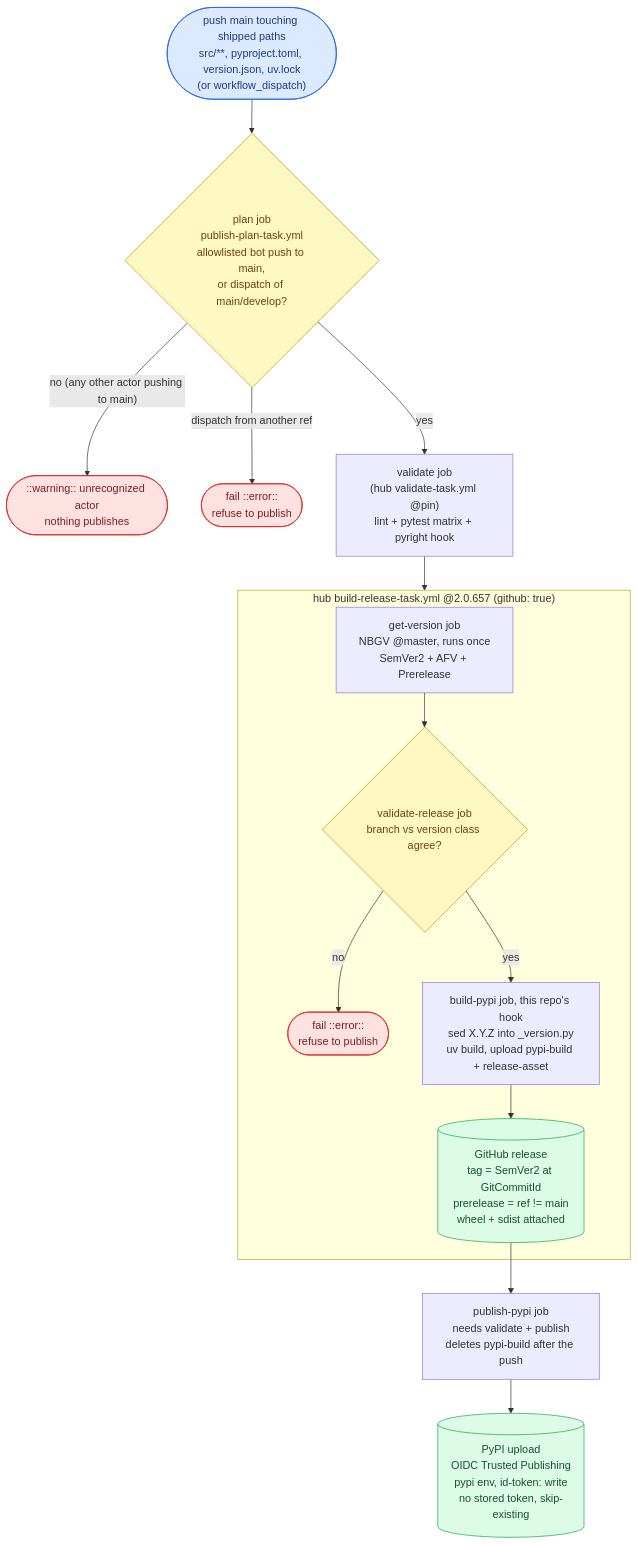
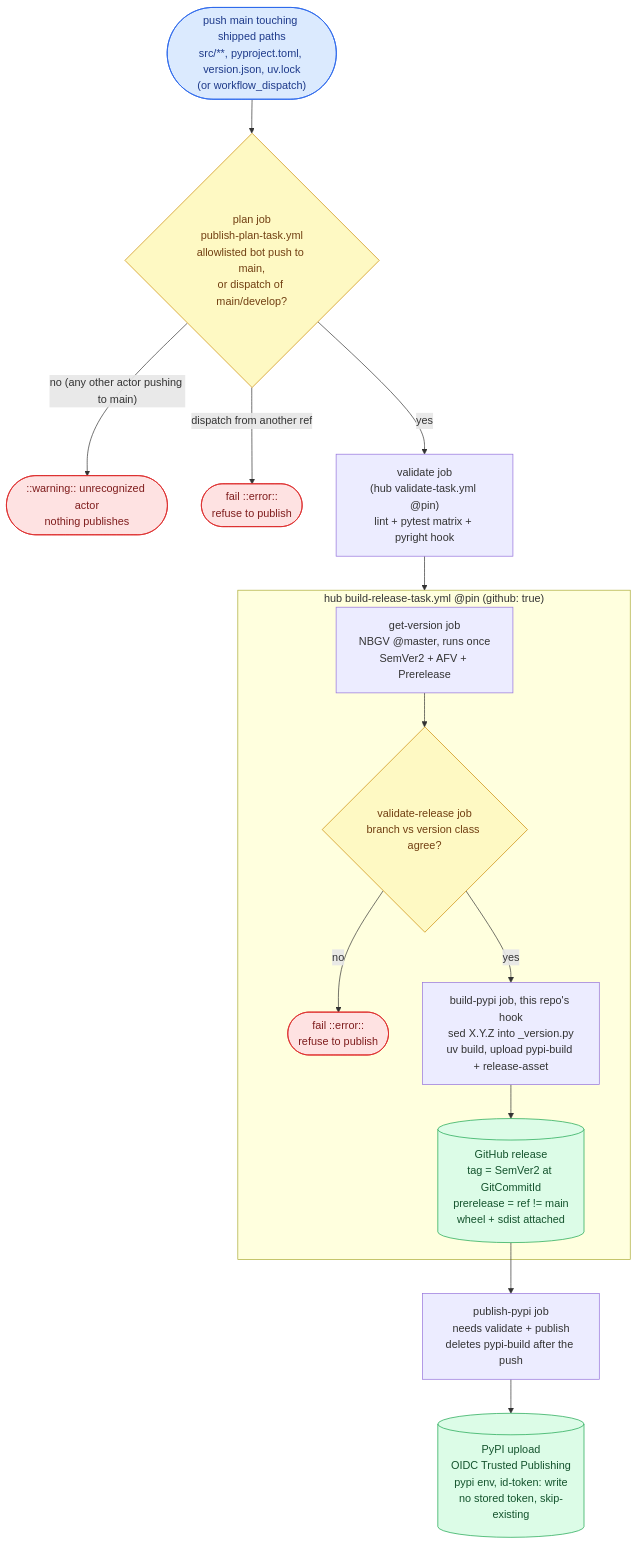
Before and after one commit to ptr727/aiopurpleair: the second of 3 diagrams in WORKFLOW.md, drawn with Mermaid. The commit also changed other lines of this file and 3 other files, not shown here.

````diff
--- a/WORKFLOW.md
+++ b/WORKFLOW.md
@@ -135,21 +135,21 @@
 ```mermaid
 flowchart TD
     P(["push main touching shipped paths<br/>src/**, pyproject.toml, version.json, uv.lock<br/>(or workflow_dispatch)"]):::trig --> PLAN
     PLAN{"plan job<br/>publish-plan-task.yml<br/>allowlisted bot push to main,<br/>or dispatch of main/develop?"}:::gate
     PLAN -- "no (any other actor pushing to main)" --> NOP(["::warning:: unrecognized actor<br/>nothing publishes"]):::stop
     PLAN -- "dispatch from another ref" --> DX(["fail ::error::<br/>refuse to publish"]):::stop
     PLAN -- "yes" --> VAL["validate job<br/>(hub validate-task.yml @pin)<br/>lint + pytest matrix + pyright hook"]
     VAL --> BUILD
-    subgraph BUILD ["hub build-release-task.yml @2.0.657 (github: true)"]
+    subgraph BUILD ["hub build-release-task.yml @pin (github: true)"]
         GV["get-version job<br/>NBGV @master, runs once<br/>SemVer2 + AFV + Prerelease"] --> VR{"validate-release job<br/>branch vs version class agree?"}:::gate
         VR -- "no" --> VRX(["fail ::error::<br/>refuse to publish"]):::stop
         VR -- "yes" --> BD["build-pypi job, this repo's hook<br/>sed X.Y.Z into _version.py<br/>uv build, upload pypi-build + release-asset"]
         BD --> REL[("GitHub release<br/>tag = SemVer2 at GitCommitId<br/>prerelease = ref != main<br/>wheel + sdist attached")]:::pub
     end
     REL --> PP["publish-pypi job<br/>needs validate + publish<br/>deletes pypi-build after the push"]
     PP --> PYPI[("PyPI upload<br/>OIDC Trusted Publishing<br/>pypi env, id-token: write<br/>no stored token, skip-existing")]:::pub
     classDef trig fill:#dbeafe,stroke:#2563eb,color:#1e3a8a
     classDef gate fill:#fef9c3,stroke:#ca8a04,color:#713f12
     classDef pub fill:#dcfce7,stroke:#16a34a,color:#14532d
     classDef stop fill:#fee2e2,stroke:#dc2626,color:#7f1d1d
 ```
````
